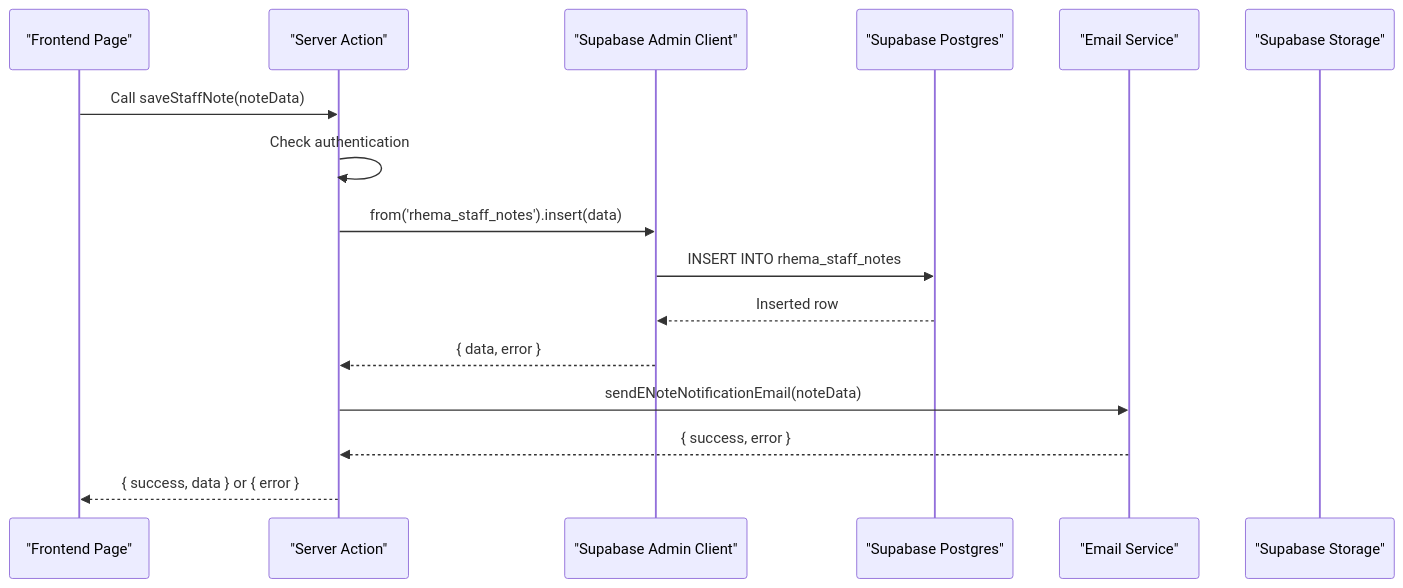
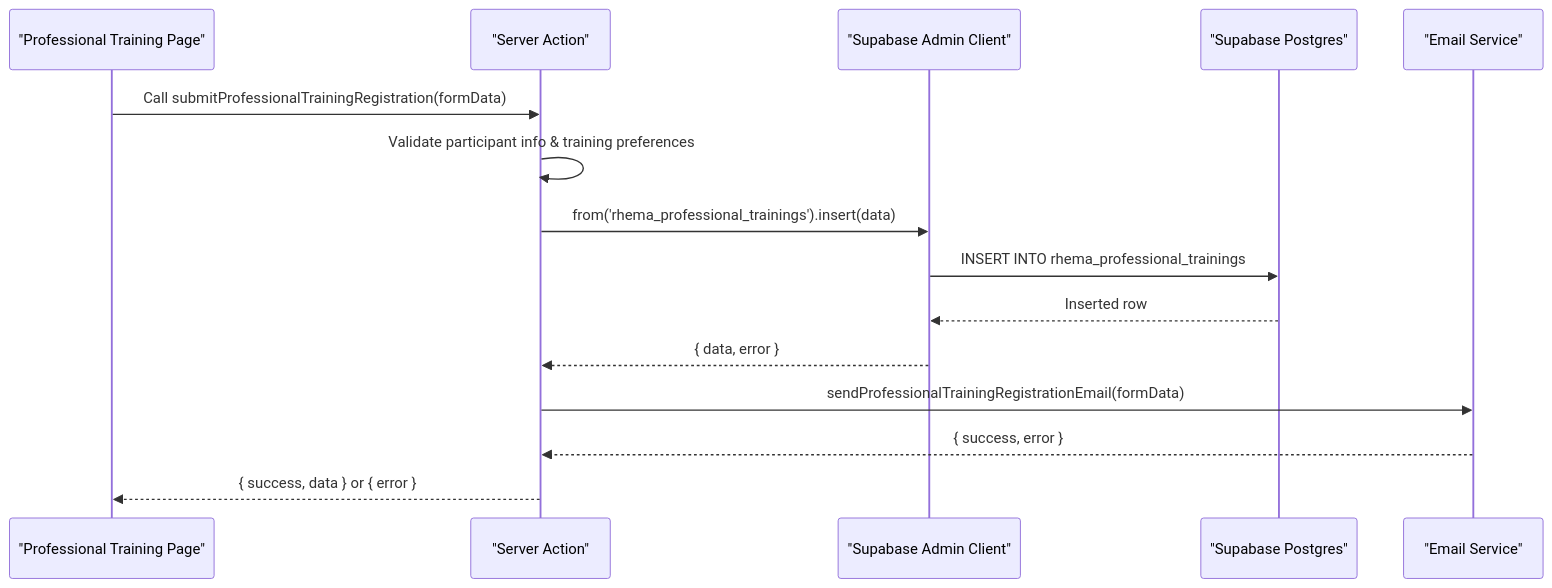
Before and after one commit to Black-box01/rhemaexpertsolutions: the seventh of 8 diagrams in .qoder/repowiki/en/content/Database Integration/Database Schema.md, drawn with Mermaid. The commit also changed other lines of this file and 22 other files, not shown here.

First line of the commit message:
feat(professional-trainings): add professional training registration system

````diff
--- a/.qoder/repowiki/en/content/Database Integration/Database Schema.md
+++ b/.qoder/repowiki/en/content/Database Integration/Database Schema.md
@@ -427,18 +443,17 @@
 ```mermaid
 sequenceDiagram
-participant FE as "Frontend Page"
+participant FE as "Professional Training Page"
 participant SA as "Server Action"
 participant SC as "Supabase Admin Client"
 participant DB as "Supabase Postgres"
 participant EMAIL as "Email Service"
-participant STORAGE as "Supabase Storage"
-FE->>SA : Call saveStaffNote(noteData)
-SA->>SA : Check authentication
-SA->>SC : from('rhema_staff_notes').insert(data)
-SC->>DB : INSERT INTO rhema_staff_notes
+FE->>SA : Call submitProfessionalTrainingRegistration(formData)
+SA->>SA : Validate participant info & training preferences
+SA->>SC : from('rhema_professional_trainings').insert(data)
+SC->>DB : INSERT INTO rhema_professional_trainings
 DB-->>SC : Inserted row
 SC-->>SA : { data, error }
-SA->>EMAIL : sendENoteNotificationEmail(noteData)
+SA->>EMAIL : sendProfessionalTrainingRegistrationEmail(formData)
 EMAIL-->>SA : { success, error }
 SA-->>FE : { success, data } or { error }
 ```
````
